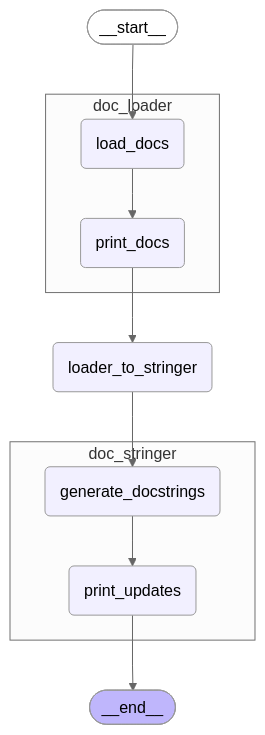
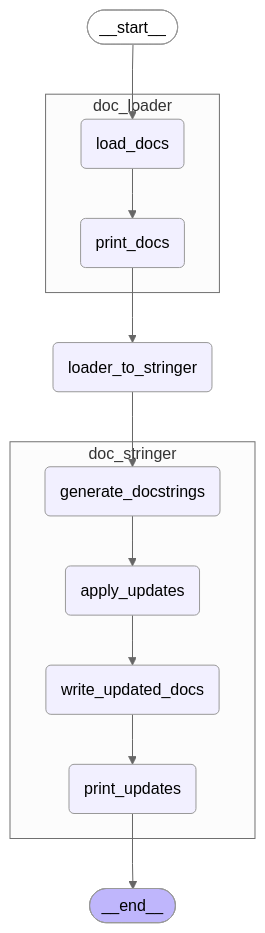
Before and after one commit to g33k5z/docholiday: the diagram in diagrams/doc_workflow_graph.mermaid, drawn with Mermaid (neutral theme). The commit also changed 4 other files, not shown here.

```diff
--- a/diagrams/doc_workflow_graph.mermaid
+++ b/diagrams/doc_workflow_graph.mermaid
@@ -1,22 +1,26 @@
 %%{init: {'flowchart': {'curve': 'linear'}}}%%
 graph TD;
 	__start__([<p>__start__</p>]):::first
 	doc_loader_load_docs(load_docs)
 	doc_loader_print_docs(print_docs)
 	loader_to_stringer(loader_to_stringer)
 	doc_stringer_generate_docstrings(generate_docstrings)
+	doc_stringer_apply_updates(apply_updates)
+	doc_stringer_write_updated_docs(write_updated_docs)
 	doc_stringer_print_updates(print_updates)
 	__end__([<p>__end__</p>]):::last
 	__start__ --> doc_loader_load_docs;
 	doc_loader_print_docs --> loader_to_stringer;
 	doc_stringer_print_updates --> __end__;
 	loader_to_stringer --> doc_stringer_generate_docstrings;
 	subgraph doc_loader
 	doc_loader_load_docs --> doc_loader_print_docs;
 	end
 	subgraph doc_stringer
-	doc_stringer_generate_docstrings --> doc_stringer_print_updates;
+	doc_stringer_apply_updates --> doc_stringer_write_updated_docs;
+	doc_stringer_generate_docstrings --> doc_stringer_apply_updates;
+	doc_stringer_write_updated_docs --> doc_stringer_print_updates;
 	end
 	classDef default fill:#f2f0ff,line-height:1.2
 	classDef first fill-opacity:0
 	classDef last fill:#bfb6fc
```
